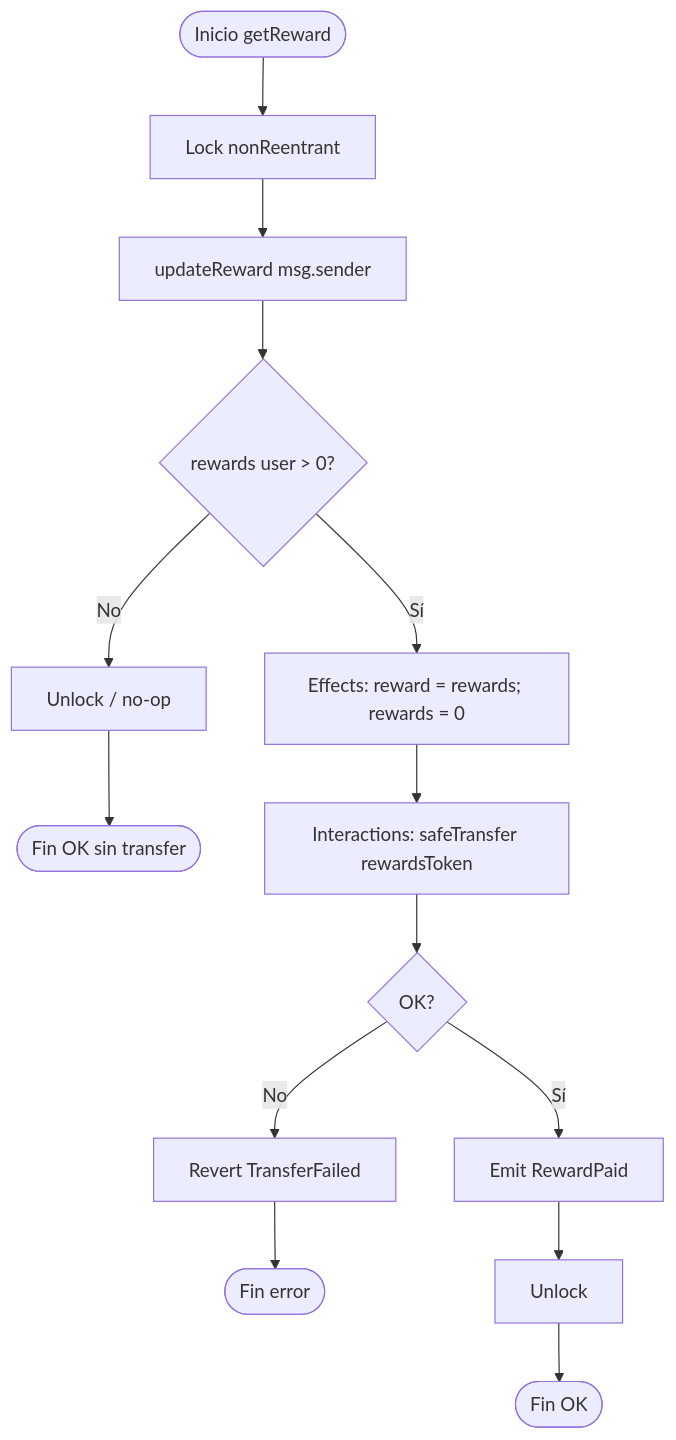
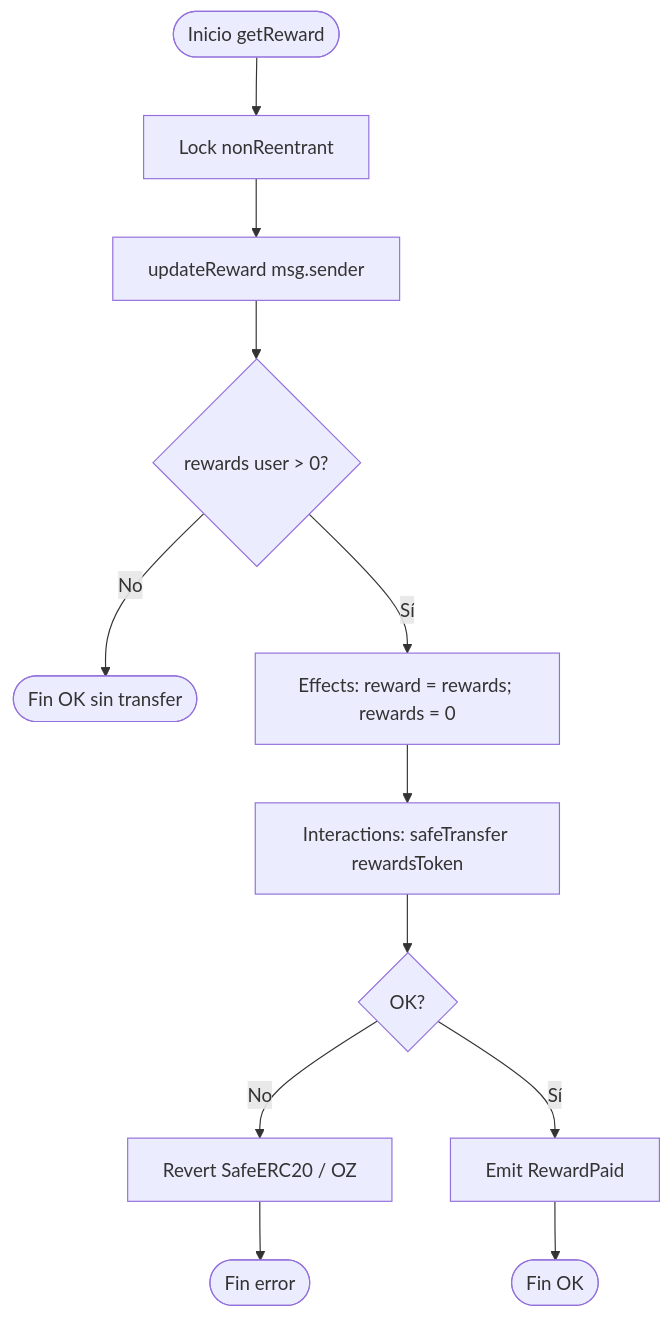
One commit to rastrahm/staking changed the fourth of 10 diagrams in doc/03-flujograma.md. Above: the diagram before and after it, drawn with Mermaid. The commit also changed other lines of this file and 9 other files, not shown here.

````diff
--- a/doc/03-flujograma.md
+++ b/doc/03-flujograma.md
@@ -55,16 +59,14 @@
 ```mermaid
 flowchart TD
     A([Inicio getReward]) --> B[Lock nonReentrant]
     B --> C[updateReward msg.sender]
     C --> D{rewards user > 0?}
-    D -->|No| E[Unlock / no-op]
-    E --> F([Fin OK sin transfer])
+    D -->|No| E([Fin OK sin transfer])
     D -->|Sí| G[Effects: reward = rewards; rewards = 0]
     G --> H[Interactions: safeTransfer rewardsToken]
     H --> I{OK?}
-    I -->|No| J[Revert TransferFailed]
+    I -->|No| J[Revert SafeERC20 / OZ]
     J --> Z([Fin error])
     I -->|Sí| K[Emit RewardPaid]
-    K --> L[Unlock]
-    L --> M([Fin OK])
+    K --> M([Fin OK])
 ```
````
